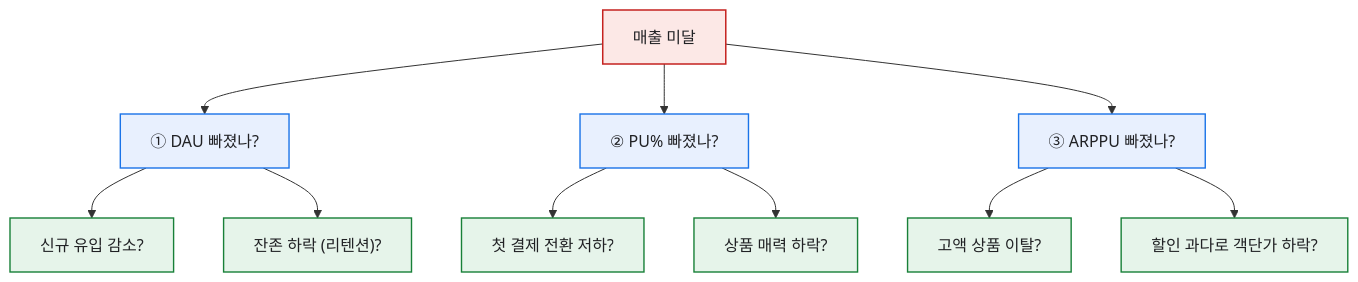
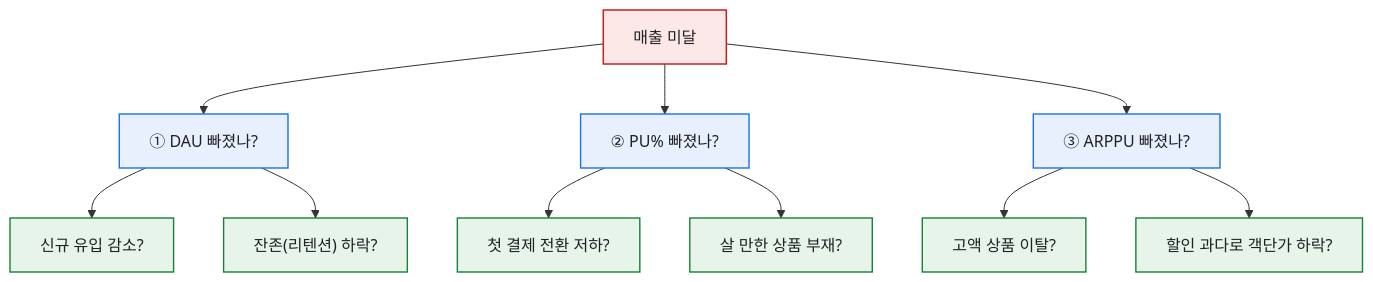
Before and after one commit to DBhyeong/DBhyeong.github.io: the first of 3 diagrams in content/blog/kpi-miss-revenue-decomposition-tree.md, drawn with Mermaid. The commit also changed other lines of this file and 9 other files, not shown here.

````diff
--- a/content/blog/kpi-miss-revenue-decomposition-tree.md
+++ b/content/blog/kpi-miss-revenue-decomposition-tree.md
@@ -18,17 +18,16 @@
 ```mermaid
 flowchart TB
   classDef top fill:#fce8e6,stroke:#c5221f,stroke-width:1.5px,color:#202124
   classDef mid fill:#e8f0fe,stroke:#1a73e8,stroke-width:1.4px,color:#202124
   classDef leaf fill:#e6f4ea,stroke:#188038,stroke-width:1.4px,color:#202124
-
   REV["매출 미달"]:::top
   REV --> DAU["① DAU 빠졌나?"]:::mid
   REV --> PU["② PU% 빠졌나?"]:::mid
   REV --> AR["③ ARPPU 빠졌나?"]:::mid
   DAU --> D1["신규 유입 감소?"]:::leaf
-  DAU --> D2["잔존 하락 (리텐션)?"]:::leaf
+  DAU --> D2["잔존(리텐션) 하락?"]:::leaf
   PU --> P1["첫 결제 전환 저하?"]:::leaf
-  PU --> P2["상품 매력 하락?"]:::leaf
+  PU --> P2["살 만한 상품 부재?"]:::leaf
   AR --> A1["고액 상품 이탈?"]:::leaf
   AR --> A2["할인 과다로 객단가 하락?"]:::leaf
 ```
````
